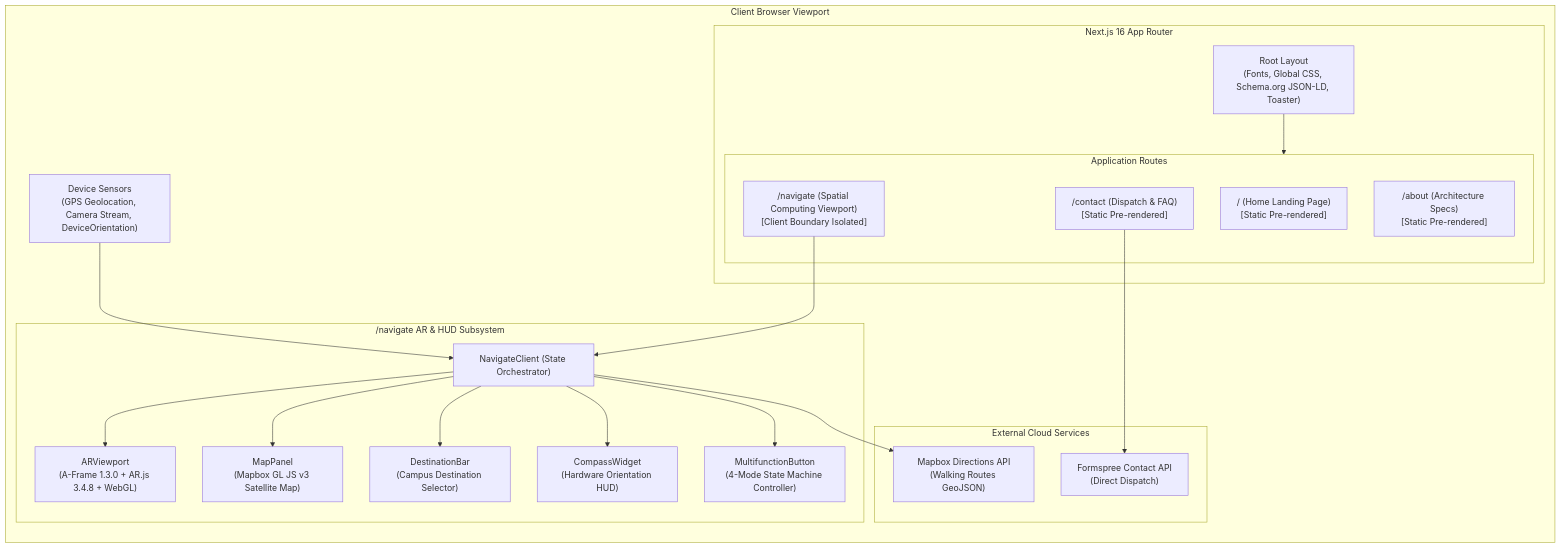
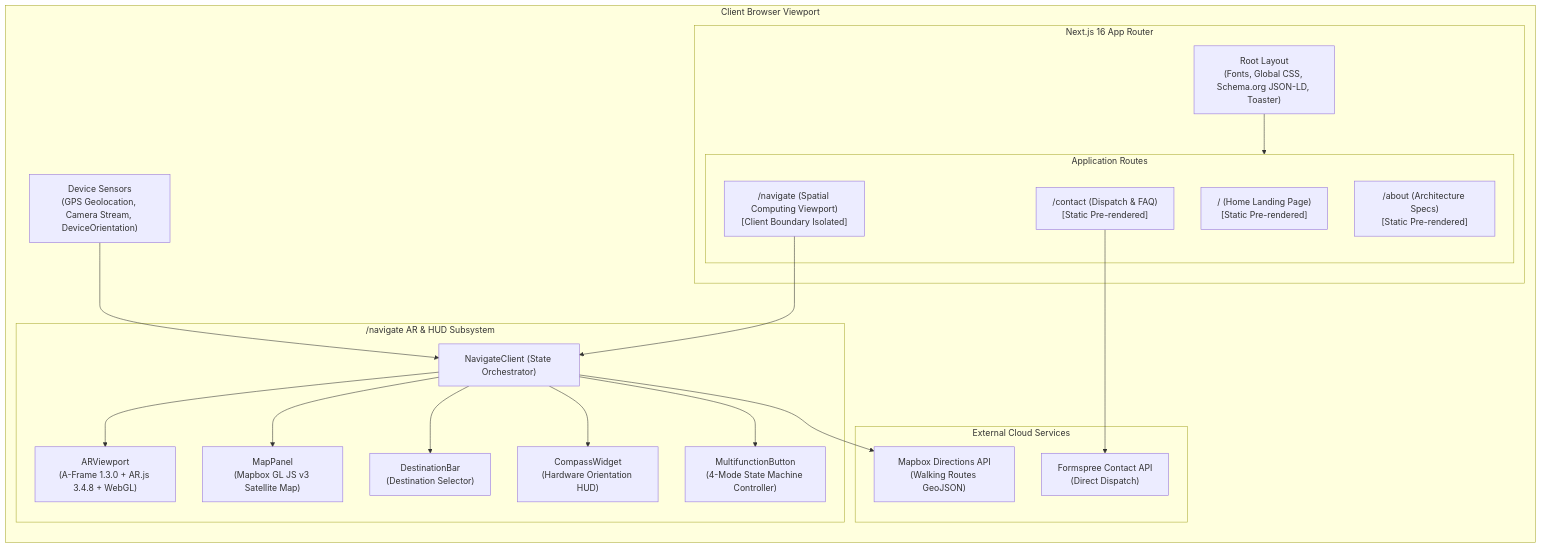
The first of 4 diagrams in docs/ARCHITECTURE.md (manishborikar92/EnRouteAR), drawn with Mermaid before and after one commit. The commit also changed other lines of this file and 10 other files, not shown here.

````diff
--- a/docs/ARCHITECTURE.md
+++ b/docs/ARCHITECTURE.md
@@ -9,43 +9,43 @@
 ```mermaid
 flowchart TD
     subgraph Browser ["Client Browser Viewport"]
         direction TB
         Sensors["Device Sensors\n(GPS Geolocation, Camera Stream, DeviceOrientation)"]
         
         subgraph AppRouter ["Next.js 16 App Router"]
             RootLayout["Root Layout\n(Fonts, Global CSS, Schema.org JSON-LD, Toaster)"]
             
             subgraph Pages ["Application Routes"]
                 LandingPage["/ (Home Landing Page)\n[Static Pre-rendered]"]
                 AboutPage["/about (Architecture Specs)\n[Static Pre-rendered]"]
                 ContactPage["/contact (Dispatch & FAQ)\n[Static Pre-rendered]"]
                 NavPage["/navigate (Spatial Computing Viewport)\n[Client Boundary Isolated]"]
             end
         end
         
         subgraph NavSubsystem ["/navigate AR & HUD Subsystem"]
             NavClient["NavigateClient (State Orchestrator)"]
             ARView["ARViewport\n(A-Frame 1.3.0 + AR.js 3.4.8 + WebGL)"]
             MapHUD["MapPanel\n(Mapbox GL JS v3 Satellite Map)"]
-            DestBar["DestinationBar\n(Campus Destination Selector)"]
+            DestBar["DestinationBar\n(Destination Selector)"]
             Compass["CompassWidget\n(Hardware Orientation HUD)"]
             MFB["MultifunctionButton\n(4-Mode State Machine Controller)"]
         end
         
         subgraph ExternalAPIs ["External Cloud Services"]
             MapboxAPI["Mapbox Directions API\n(Walking Routes GeoJSON)"]
             FormspreeAPI["Formspree Contact API\n(Direct Dispatch)"]
         end
     end
 
     Sensors --> NavClient
     RootLayout --> Pages
     NavPage --> NavClient
     NavClient --> ARView
     NavClient --> MapHUD
     NavClient --> DestBar
     NavClient --> Compass
     NavClient --> MFB
     NavClient --> MapboxAPI
     ContactPage --> FormspreeAPI
 ```
````
